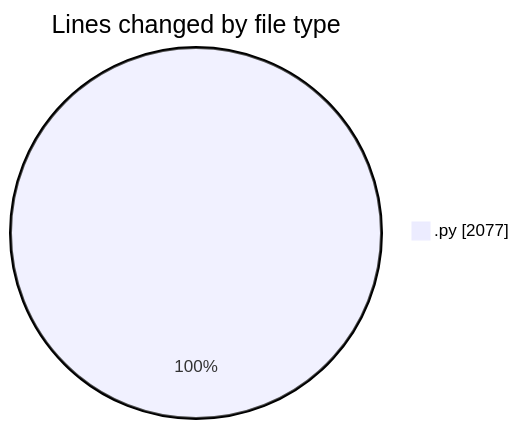
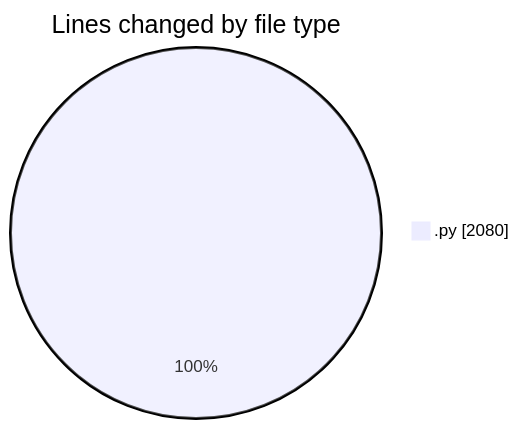
One commit to MatusMokan/code-tracking changed the first of 2 diagrams in 2025-04-19/myws__workspace_/README.md. Above: the diagram before and after it, drawn with Mermaid. The commit also changed other lines of this file and 1 other file, not shown here.

````diff
--- a/2025-04-19/myws__workspace_/README.md
+++ b/2025-04-19/myws__workspace_/README.md
@@ -23,5 +23,5 @@
 ```mermaid
 pie showData
 title Lines changed by file type
-".py" : 2077
+".py" : 2080
 ```
````
